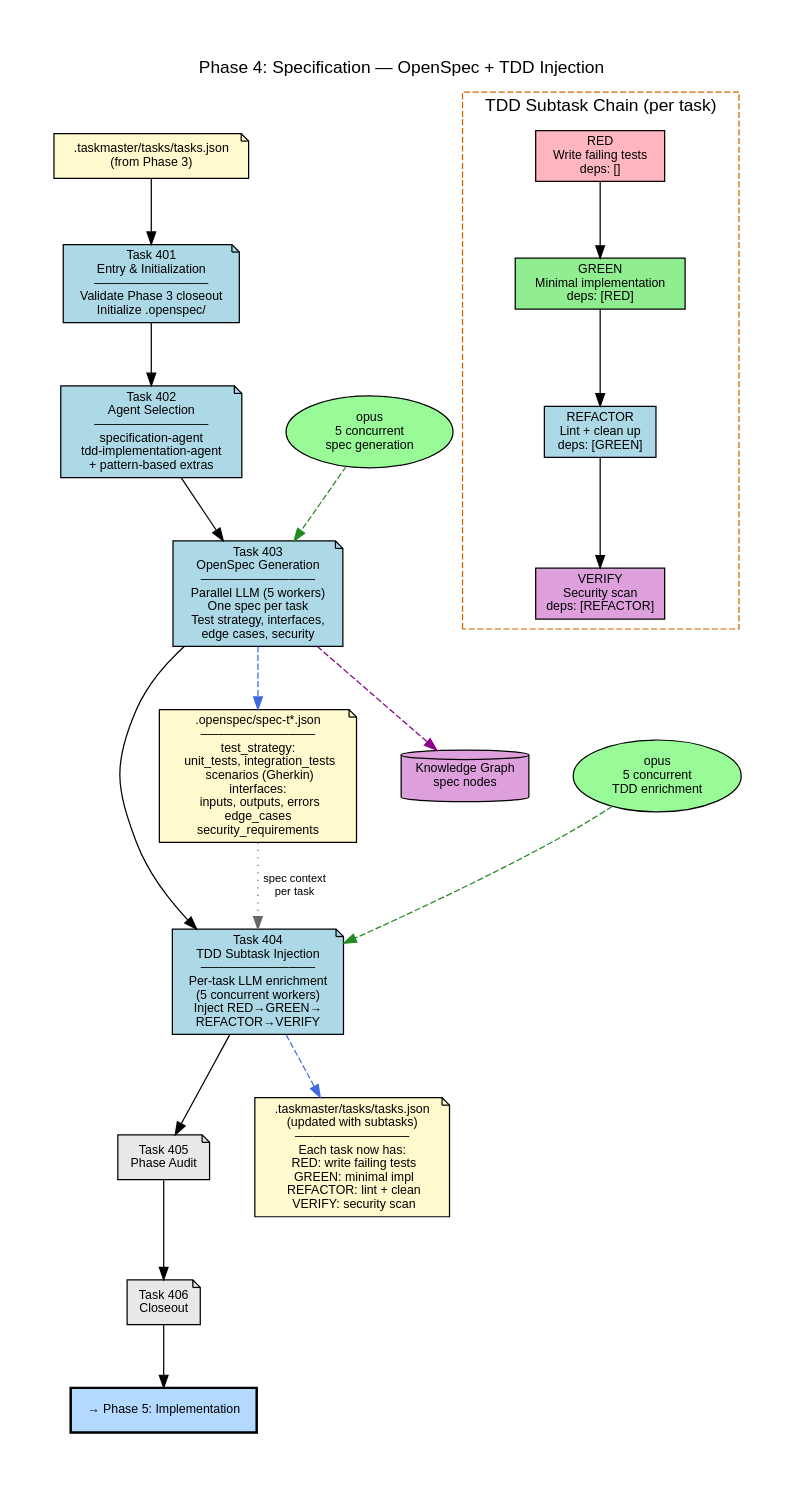
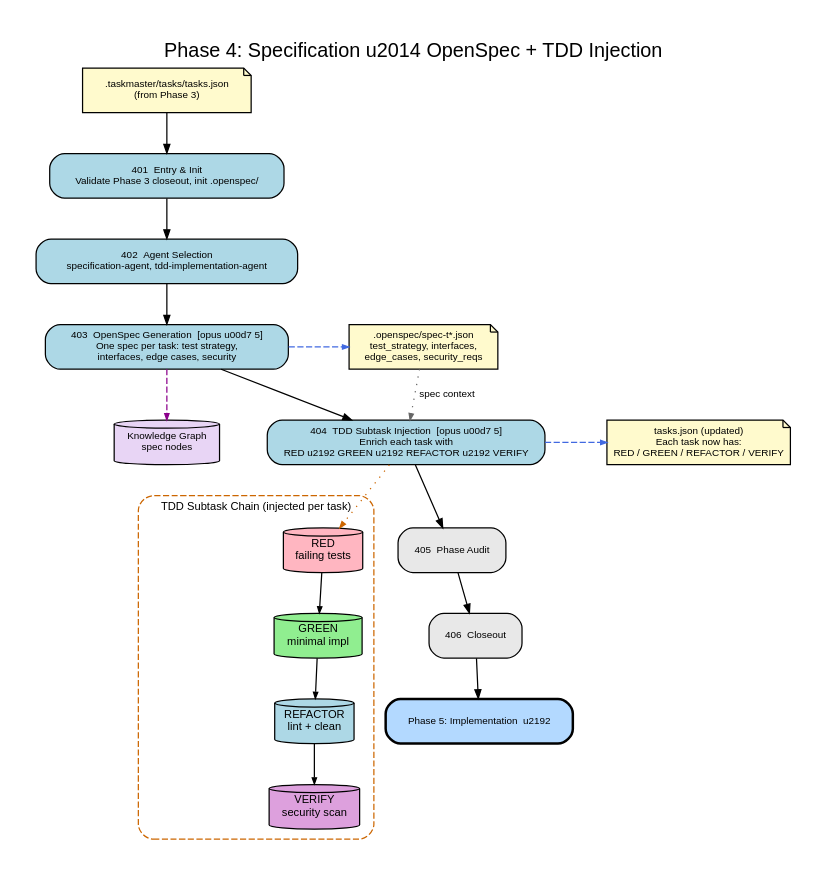
One commit to turbobeest/atomic-claude changed the diagram in dev/docs/diagrams/05-phase-04-specification.dot. Above: the diagram before and after it, drawn with Graphviz. The commit also changed 21 other files, not shown here.

First line of the commit message:
Clean up all 12 architecture diagrams for readability

```diff
--- a/dev/docs/diagrams/05-phase-04-specification.dot
+++ b/dev/docs/diagrams/05-phase-04-specification.dot
@@ -1,75 +1,72 @@
 // Phase 4: Specification — Task Flow
-// OpenSpec generation + TDD subtask injection
 // Generated: 2026-03-01 from codebase analysis
 
 digraph phase_04_specification {
     rankdir=TB
     fontname="Helvetica"
-    fontsize=14
-    label="Phase 4: Specification — OpenSpec + TDD Injection"
+    fontsize=16
+    label="Phase 4: Specification \u2014 OpenSpec + TDD Injection"
     labelloc=t
-    pad=0.5
-    nodesep=0.5
-    ranksep=0.7
+    labeljust=c
+    pad=0.3
+    nodesep=0.35
+    ranksep=0.45
+    splines=true
+    bgcolor=white
 
-    node [fontname="Helvetica", fontsize=10, style=filled, shape=box]
-    edge [fontname="Helvetica", fontsize=9]
+    node [fontname="Helvetica", fontsize=10, style="filled,rounded", shape=box, margin="0.12,0.06"]
+    edge [fontname="Helvetica", fontsize=8, arrowsize=0.7]
 
-    // Input
-    node [shape=note, fillcolor="#FFFACD"]
+    // ── Input ──
+    node [shape=note, fillcolor="#FFFACD", fontsize=8]
     tasks_in [label=".taskmaster/tasks/tasks.json\n(from Phase 3)"]
 
-    // Tasks
-    t401 [label="Task 401\nEntry & Initialization\n─────────────\nValidate Phase 3 closeout\nInitialize .openspec/", fillcolor="#ADD8E6"]
-    t402 [label="Task 402\nAgent Selection\n─────────────\nspecification-agent\ntdd-implementation-agent\n+ pattern-based extras", fillcolor="#ADD8E6"]
-    t403 [label="Task 403\nOpenSpec Generation\n─────────────\nParallel LLM (5 workers)\nOne spec per task\nTest strategy, interfaces,\nedge cases, security", fillcolor="#ADD8E6"]
-    t404 [label="Task 404\nTDD Subtask Injection\n─────────────\nPer-task LLM enrichment\n(5 concurrent workers)\nInject RED→GREEN→\nREFACTOR→VERIFY", fillcolor="#ADD8E6"]
-    t405 [label="Task 405\nPhase Audit", fillcolor="#E8E8E8"]
-    t406 [label="Task 406\nCloseout", fillcolor="#E8E8E8"]
+    // ── Task spine ──
+    node [shape=box]
+    t401 [label="401  Entry & Init\nValidate Phase 3 closeout, init .openspec/", fillcolor="#ADD8E6"]
+    t402 [label="402  Agent Selection\nspecification-agent, tdd-implementation-agent", fillcolor="#ADD8E6"]
+    t403 [label="403  OpenSpec Generation  [opus \u00d7 5]\nOne spec per task: test strategy,\ninterfaces, edge cases, security", fillcolor="#ADD8E6"]
+    t404 [label="404  TDD Subtask Injection  [opus \u00d7 5]\nEnrich each task with\nRED \u2192 GREEN \u2192 REFACTOR \u2192 VERIFY", fillcolor="#ADD8E6"]
+    t405 [label="405  Phase Audit", fillcolor="#E8E8E8"]
+    t406 [label="406  Closeout", fillcolor="#E8E8E8"]
+    next [label="Phase 5: Implementation  \u2192", fillcolor="#B3D9FF", style="filled,rounded,bold"]
 
-    tasks_in -> t401
-    t401 -> t402 -> t403 -> t404 -> t405 -> t406
+    tasks_in -> t401 -> t402 -> t403 -> t404 -> t405 -> t406 -> next
 
-    // LLM
-    node [shape=oval, fillcolor="#98FB98"]
-    llm1 [label="opus\n5 concurrent\nspec generation"]
-    llm2 [label="opus\n5 concurrent\nTDD enrichment"]
-    llm1 -> t403 [style=dashed, color="#228B22"]
-    llm2 -> t404 [style=dashed, color="#228B22"]
+    // ── Spec feeds TDD injection ──
+    node [shape=note, fillcolor="#FFFACD", fontsize=8, margin="0.08,0.04"]
+    o_specs [label=".openspec/spec-t*.json\ntest_strategy, interfaces,\nedge_cases, security_reqs"]
+    o_tasks [label="tasks.json (updated)\nEach task now has:\nRED / GREEN / REFACTOR / VERIFY"]
 
-    // Outputs
-    node [shape=note, fillcolor="#FFFACD"]
-    o_specs [label=".openspec/spec-t*.json\n─────────────\ntest_strategy:\n  unit_tests, integration_tests\n  scenarios (Gherkin)\ninterfaces:\n  inputs, outputs, errors\nedge_cases\nsecurity_requirements"]
+    t403 -> o_specs [style=dashed, color="#4169E1", arrowsize=0.5]
+    o_specs -> t404 [style=dotted, color="#666666", arrowsize=0.5, label="spec context"]
+    t404 -> o_tasks [style=dashed, color="#4169E1", arrowsize=0.5]
 
-    o_tasks [label=".taskmaster/tasks/tasks.json\n(updated with subtasks)\n─────────────\nEach task now has:\n  RED: write failing tests\n  GREEN: minimal impl\n  REFACTOR: lint + clean\n  VERIFY: security scan"]
+    {rank=same; t403; o_specs}
+    {rank=same; t404; o_tasks}
 
-    t403 -> o_specs [style=dashed, color="#4169E1"]
-    t404 -> o_tasks [style=dashed, color="#4169E1"]
+    // ── Knowledge Graph ──
+    node [shape=cylinder, fillcolor="#E8D5F5", fontsize=8]
+    kg [label="Knowledge Graph\nspec nodes"]
+    t403 -> kg [style=dashed, color="#8B008B", arrowsize=0.5]
 
-    // Cross-task data flow
-    o_specs -> t404 [style=dotted, color="#666666", label="spec context\nper task"]
+    // ── TDD chain visual ──
+    subgraph cluster_tdd {
+        label="TDD Subtask Chain (injected per task)"
+        labeljust=c
+        fontsize=9
+        style="dashed,rounded"
+        color="#CC6600"
+        margin=8
 
-    // Knowledge graph
-    node [shape=cylinder, fillcolor="#DDA0DD"]
-    kg [label="Knowledge Graph\nspec nodes"]
-    t403 -> kg [style=dashed, color="#8B008B"]
+        node [fontsize=9, margin="0.08,0.04"]
+        red [label="RED\nfailing tests", fillcolor="#FFB6C1"]
+        green [label="GREEN\nminimal impl", fillcolor="#90EE90"]
+        refactor [label="REFACTOR\nlint + clean", fillcolor="#ADD8E6"]
+        verify [label="VERIFY\nsecurity scan", fillcolor="#DDA0DD"]
 
-    // TDD chain detail
-    subgraph cluster_tdd {
-        label="TDD Subtask Chain (per task)"
-        style=dashed
-        color="#CC6600"
-
-        red [label="RED\nWrite failing tests\ndeps: []", shape=box, fillcolor="#FFB6C1"]
-        green [label="GREEN\nMinimal implementation\ndeps: [RED]", shape=box, fillcolor="#90EE90"]
-        refactor [label="REFACTOR\nLint + clean up\ndeps: [GREEN]", shape=box, fillcolor="#ADD8E6"]
-        verify [label="VERIFY\nSecurity scan\ndeps: [REFACTOR]", shape=box, fillcolor="#DDA0DD"]
-
-        red -> green -> refactor -> verify
+        red -> green -> refactor -> verify [arrowsize=0.5]
     }
 
-    // Next phase
-    node [shape=box, fillcolor="#B3D9FF", style="filled,bold"]
-    next [label="→ Phase 5: Implementation"]
-    t406 -> next
+    t404 -> red [style=dotted, color="#CC6600", arrowsize=0.5]
 }
```
